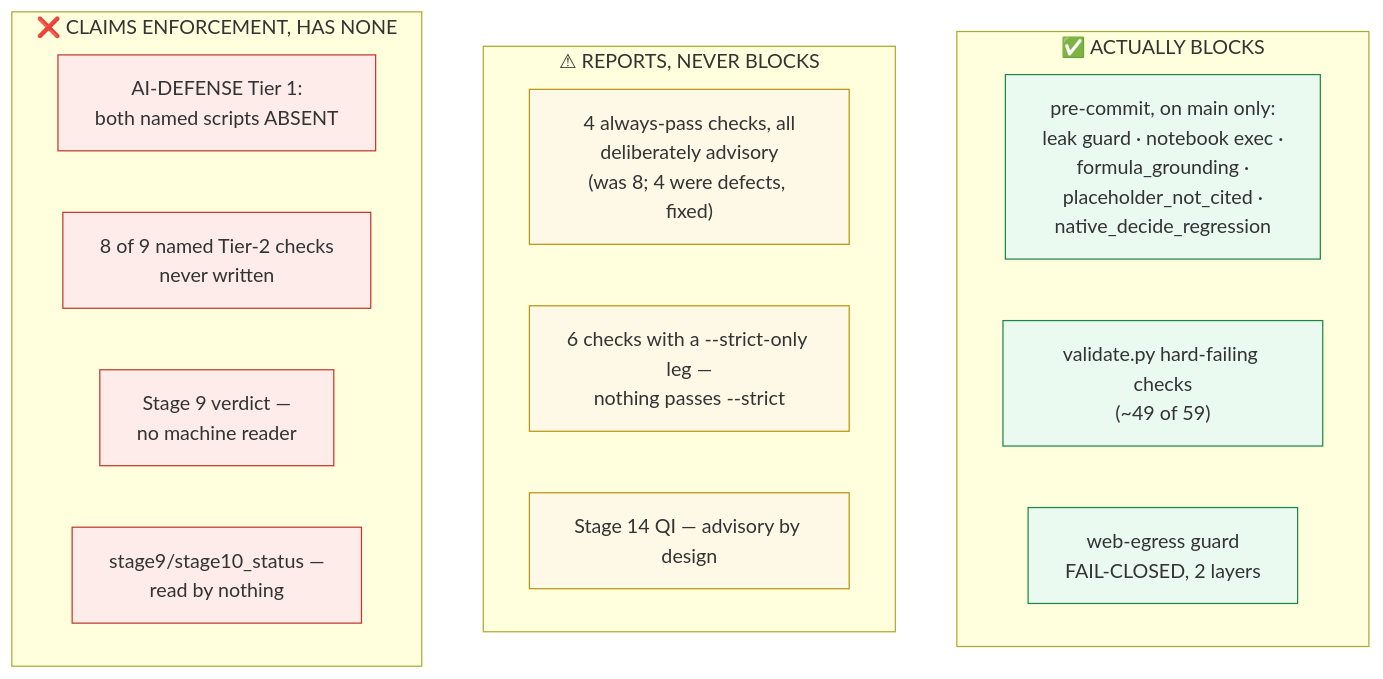
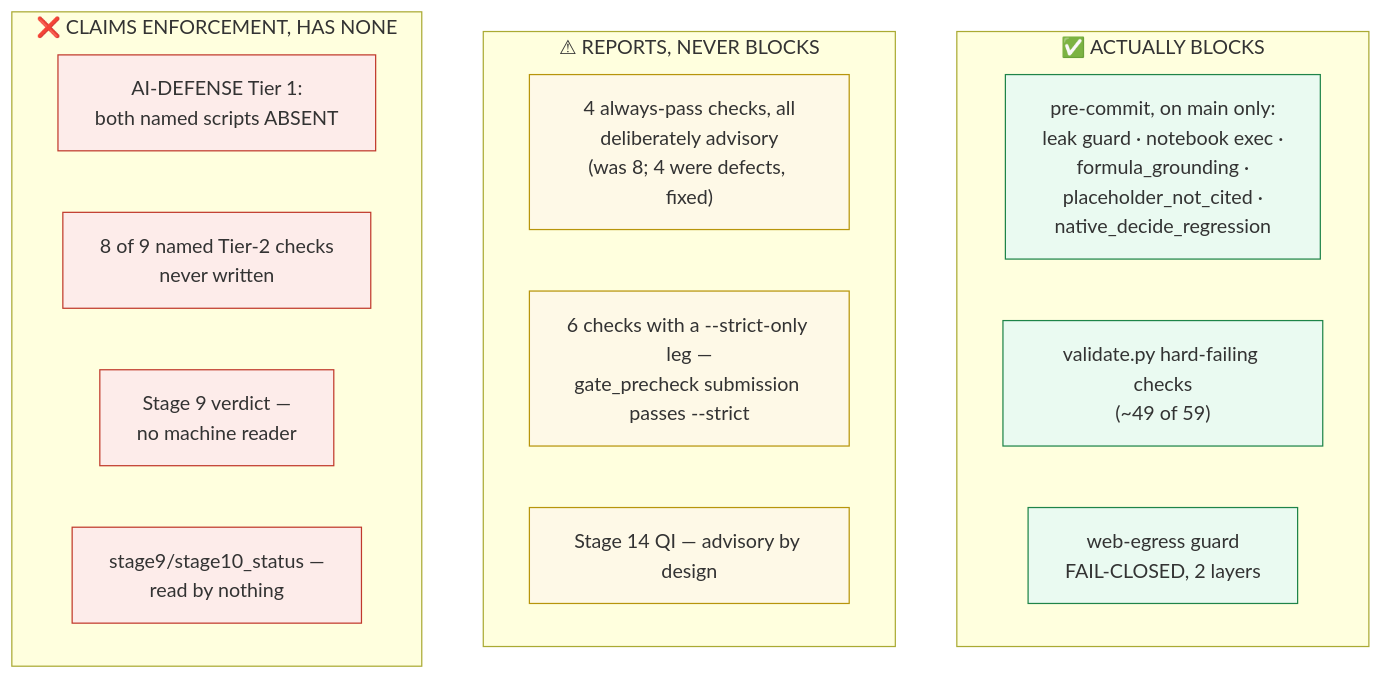
The third of 3 diagrams in docs/architecture/QA_QI_INFRASTRUCTURE_MAP.md (NetRxn/SK_EFT_Hawking), drawn with Mermaid before and after one commit. The commit also changed other lines of this file and 8 other files, not shown here.

````diff
--- a/docs/architecture/QA_QI_INFRASTRUCTURE_MAP.md
+++ b/docs/architecture/QA_QI_INFRASTRUCTURE_MAP.md
@@ -308,25 +308,25 @@
 ```mermaid
 flowchart TB
     subgraph BLOCKS["✅ ACTUALLY BLOCKS"]
         PC["pre-commit, on main only:<br/>leak guard · notebook exec ·<br/>formula_grounding ·<br/>placeholder_not_cited ·<br/>native_decide_regression"]
         HARD["validate.py hard-failing checks<br/>(~49 of 59)"]
         EG["web-egress guard<br/>FAIL-CLOSED, 2 layers"]
     end
     subgraph SOFT["⚠ REPORTS, NEVER BLOCKS"]
         AP["4 always-pass checks, all<br/>deliberately advisory<br/>(was 8; 4 were defects, fixed)"]
-        ST["6 checks with a --strict-only leg —<br/>nothing passes --strict"]
+        ST["6 checks with a --strict-only leg —<br/>gate_precheck submission passes --strict"]
         S14["Stage 14 QI — advisory by design"]
     end
     subgraph NONE["❌ CLAIMS ENFORCEMENT, HAS NONE"]
         T1["AI-DEFENSE Tier 1:<br/>both named scripts ABSENT"]
         T2["8 of 9 named Tier-2 checks<br/>never written"]
         S9["Stage 9 verdict —<br/>no machine reader"]
         SS["stage9/stage10_status —<br/>read by nothing"]
     end
     classDef ok fill:#eafaf1,stroke:#1e8449
     classDef warn fill:#fef9e7,stroke:#b7950b
     classDef bad fill:#fdecea,stroke:#c0392b
     class PC,HARD,EG ok
     class AP,ST,S14 warn
     class T1,T2,S9,SS bad
 ```
````
